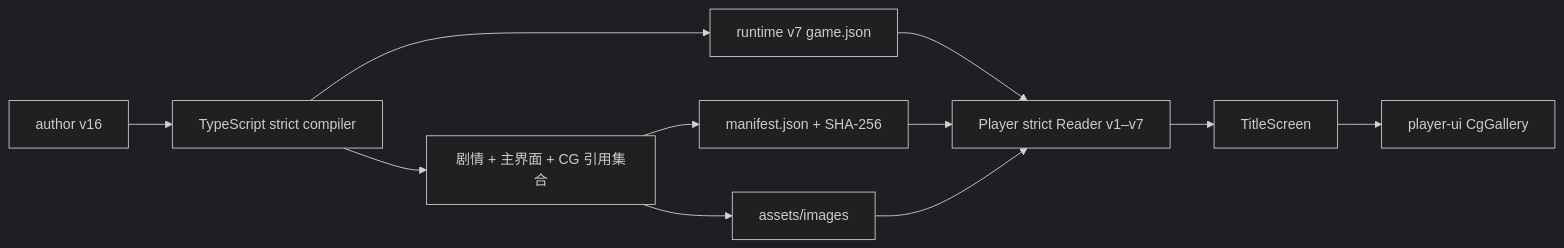
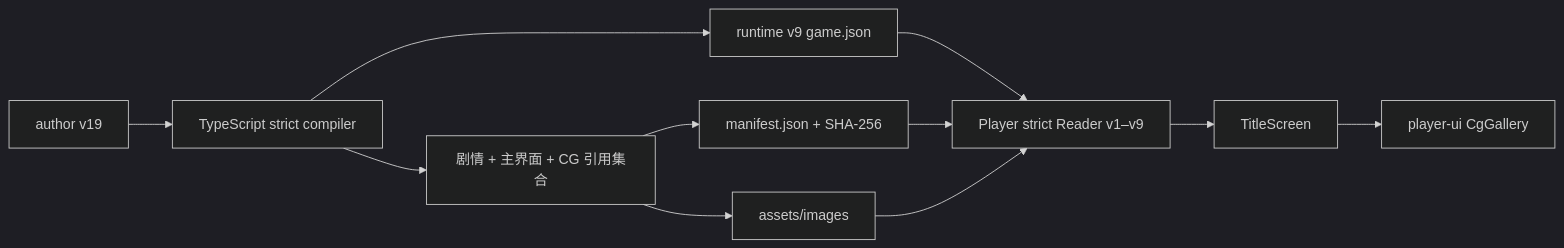
The second of 2 diagrams in docs/cg-gallery-implementation.md (DarkboyRyan/Scratch-Novel-Engine), drawn with Mermaid (dark theme) before and after one commit. The commit also changed other lines of this file and 532 other files, not shown here.

````diff
--- a/docs/cg-gallery-implementation.md
+++ b/docs/cg-gallery-implementation.md
@@ -94,13 +97,13 @@
 ```mermaid
 flowchart LR
-  AUTHOR["author v16"] --> COMPILER["TypeScript strict compiler"]
-  COMPILER --> GAME["runtime v7 game.json"]
+  AUTHOR["author v19"] --> COMPILER["TypeScript strict compiler"]
+  COMPILER --> GAME["runtime v9 game.json"]
   COMPILER --> REFERENCES["剧情 + 主界面 + CG 引用集合"]
   REFERENCES --> MANIFEST["manifest.json + SHA-256"]
   REFERENCES --> MEDIA["assets/images"]
-  GAME --> READER["Player strict Reader v1–v7"]
+  GAME --> READER["Player strict Reader v1–v9"]
   MANIFEST --> READER
   MEDIA --> READER
   READER --> TITLE["TitleScreen"]
   TITLE --> GALLERY["player-ui CgGallery"]
 ```
````
